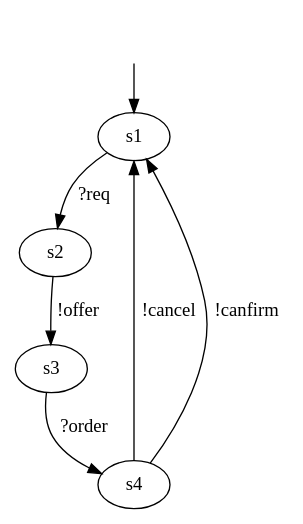
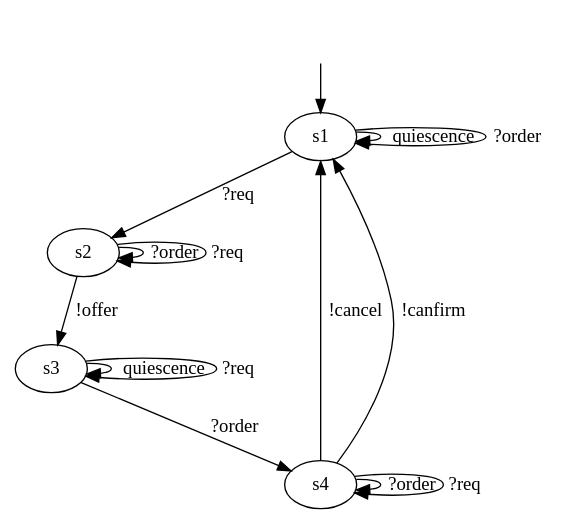
The diagram in DotModels/Iolts/ioco/01_ioco_S.dot (haubitzer/AALpy), drawn with Graphviz before and after one commit. The commit also changed 28 other files, not shown here.

```diff
--- a/DotModels/Iolts/ioco/01_ioco_S.dot
+++ b/DotModels/Iolts/ioco/01_ioco_S.dot
@@ -1,16 +1,21 @@
-digraph {
+digraph "../../DotModels/Iolts/ioco/01_ioco_S" {
 s1 [label=s1];
 s2 [label=s2];
 s3 [label=s3];
 s4 [label=s4];
-
-
+s1 -> s1  [label=quiescence];
+s1 -> s1  [label="?order"];
 s1 -> s2  [label="?req"];
+s2 -> s2  [label="?order"];
+s2 -> s2  [label="?req"];
 s2 -> s3  [label="!offer"];
+s3 -> s3  [label=quiescence];
+s3 -> s3  [label="?req"];
 s3 -> s4  [label="?order"];
 s4 -> s1  [label="!cancel"];
 s4 -> s1  [label="!canfirm"];
-
+s4 -> s4  [label="?order"];
+s4 -> s4  [label="?req"];
 __start0 [label="", shape=none];
 __start0 -> s1  [label=""];
 }
```
